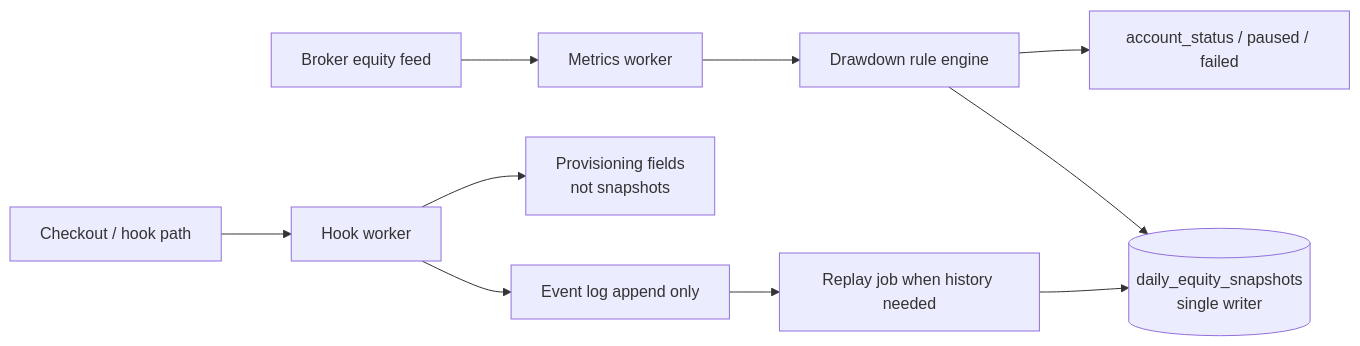
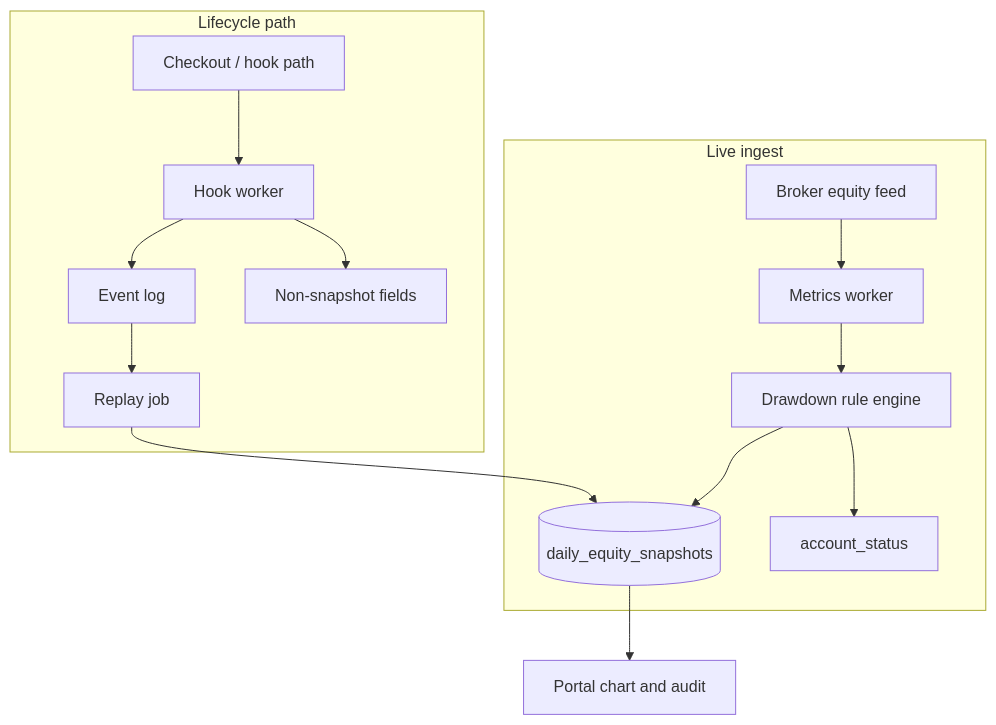
Before and after one commit to ahkamboh/ahkamboh: the diagram in docs/adr-equity-snapshots.md, drawn with Mermaid. The commit also changed other lines of this file and 1 other file, not shown here.

First line of the commit message:
docs: polish equity ADR layout and fix markdown tables

````diff
--- a/docs/adr-equity-snapshots.md
+++ b/docs/adr-equity-snapshots.md
@@ -60,13 +116,19 @@
 ```mermaid
-flowchart LR
-  EA[Broker equity feed] --> M[Metrics worker]
-  M --> Rules[Drawdown rule engine]
-  Rules --> W[(daily_equity_snapshots\nsingle writer)]
-  Rules --> State[account_status / paused / failed]
+flowchart TB
+  subgraph ingest [Live ingest]
+    EA[Broker equity feed] --> M[Metrics worker]
+    M --> R[Drawdown rule engine]
+    R --> W[(daily_equity_snapshots)]
+    R --> S[account_status]
+  end
 
-  Pay[Checkout / hook path] --> H[Hook worker]
-  H --> Ev[Event log append only]
-  H --> Other[Provisioning fields\nnot snapshots]
-  Ev --> Replay[Replay job when history needed]
-  Replay --> W
+  subgraph lifecycle [Lifecycle path]
+    P[Checkout / hook path] --> H[Hook worker]
+    H --> E[Event log]
+    H --> N[Non-snapshot fields]
+    E --> RP[Replay job]
+    RP --> W
+  end
+
+  W --> UI[Portal chart and audit]
 ```
````
